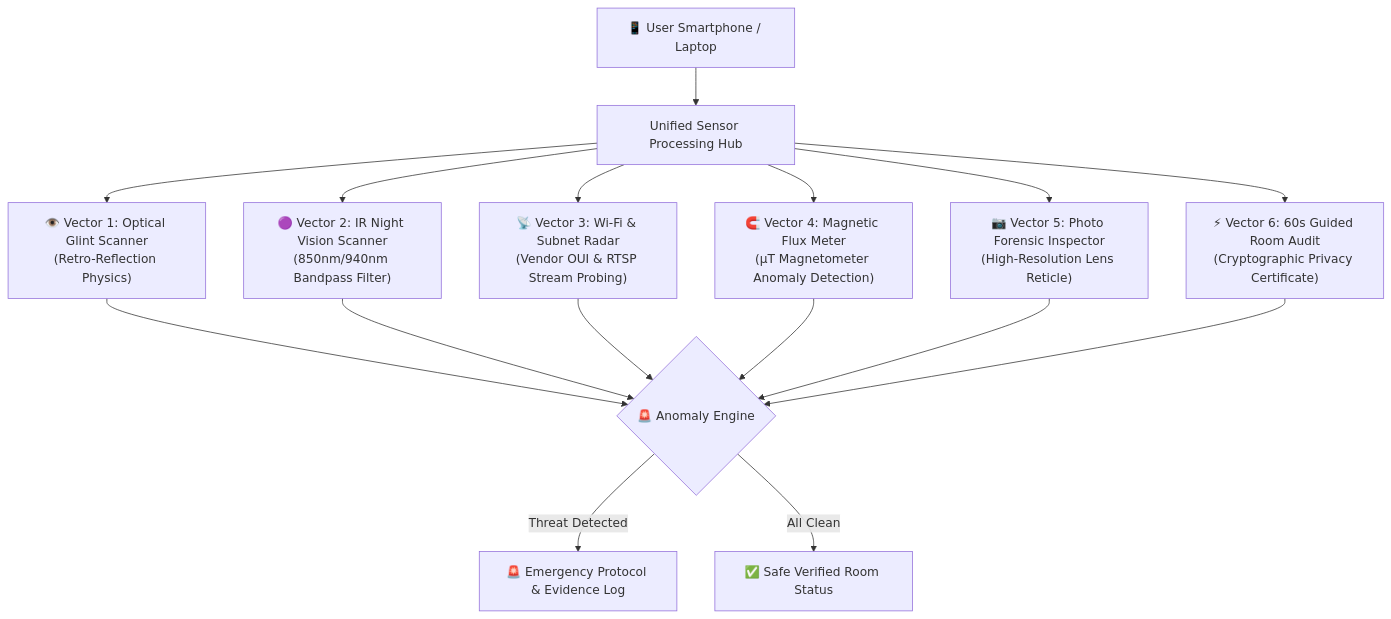
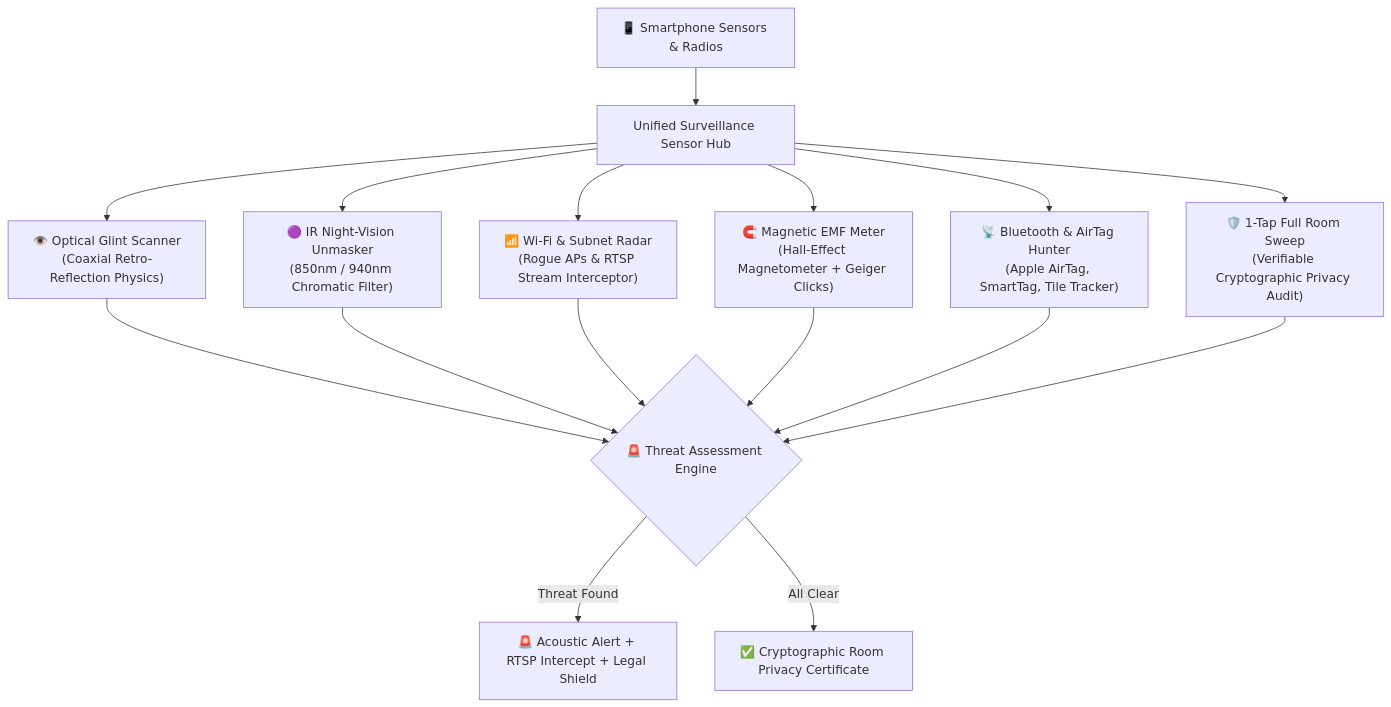
Before and after one commit to Kavin-124/SpyZero: the diagram in README.md, drawn with Mermaid. The commit also changed other lines of this file and 2 other files, not shown here.

````diff
--- a/README.md
+++ b/README.md
@@ -41,15 +84,15 @@
 ```mermaid
 flowchart TD
-    A["📱 User Smartphone / Laptop"] --> B["Unified Sensor Processing Hub"]
-    
-    B --> C["👁️ Vector 1: Optical Glint Scanner\n(Retro-Reflection Physics)"]
-    B --> D["🟣 Vector 2: IR Night Vision Scanner\n(850nm/940nm Bandpass Filter)"]
-    B --> E["📡 Vector 3: Wi-Fi & Subnet Radar\n(Vendor OUI & RTSP Stream Probing)"]
-    B --> F["🧲 Vector 4: Magnetic Flux Meter\n(µT Magnetometer Anomaly Detection)"]
-    B --> G["📷 Vector 5: Photo Forensic Inspector\n(High-Resolution Lens Reticle)"]
-    B --> H["⚡ Vector 6: 60s Guided Room Audit\n(Cryptographic Privacy Certificate)"]
+    Phone["📱 Smartphone Sensors & Radios"] --> Core["Unified Surveillance Sensor Hub"]
 
-    C & D & E & F & G & H --> I{"🚨 Anomaly Engine"}
-    I -->|Threat Detected| J["🚨 Emergency Protocol & Evidence Log"]
-    I -->|All Clean| K["✅ Safe Verified Room Status"]
+    Core --> V1["👁️ Optical Glint Scanner\n(Coaxial Retro-Reflection Physics)"]
+    Core --> V2["🟣 IR Night-Vision Unmasker\n(850nm / 940nm Chromatic Filter)"]
+    Core --> V3["📶 Wi-Fi & Subnet Radar\n(Rogue APs & RTSP Stream Interceptor)"]
+    Core --> V4["🧲 Magnetic EMF Meter\n(Hall-Effect Magnetometer + Geiger Clicks)"]
+    Core --> V5["📡 Bluetooth & AirTag Hunter\n(Apple AirTag, SmartTag, Tile Tracker)"]
+    Core --> V6["🛡️ 1-Tap Full Room Sweep\n(Verifiable Cryptographic Privacy Audit)"]
+
+    V1 & V2 & V3 & V4 & V5 & V6 --> Engine{"🚨 Threat Assessment Engine"}
+    Engine -->|Threat Found| Alert["🚨 Acoustic Alert + RTSP Intercept + Legal Shield"]
+    Engine -->|All Clear| Cert["✅ Cryptographic Room Privacy Certificate"]
 ```
````
